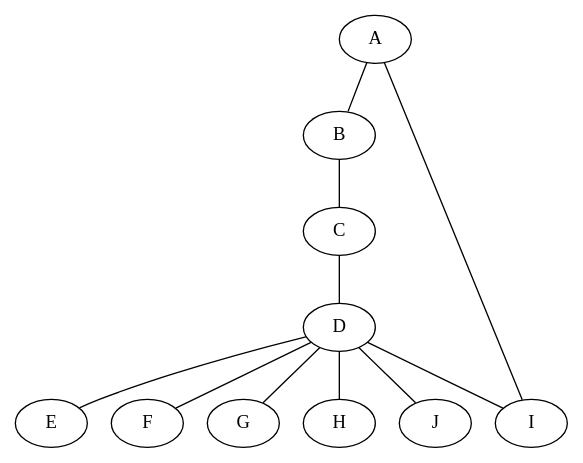
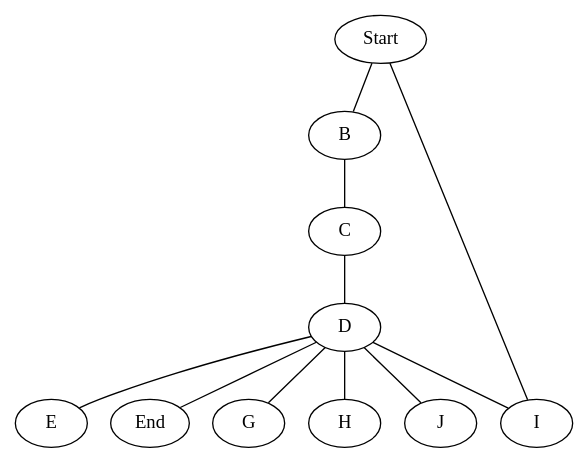
The diagram in out.dot (Narvik09/Shannon-Switching-Game), drawn with Graphviz before and after one commit. The commit also changed 21 other files, not shown here.

```diff
--- a/out.dot
+++ b/out.dot
@@ -1,12 +1,12 @@
 graph "Some Unique Identifier" {
-    A -- B [key = "AB";];
+    Start -- B [key = "AB";];
     B -- C [key = "BC";];
     C -- D [key = "CD";];
     D -- E [key = "DE";];
-    D -- F [key = "DF";];
+    D -- End [key = "DF";];
     D -- G [key = "DG";];
     D -- H [key = "DH";];
     D -- I [key = "DI";];
     D -- J [key = "DJ";];
-    I -- A [key = "IA";];
+    I -- Start [key = "IA";];
 }
```
